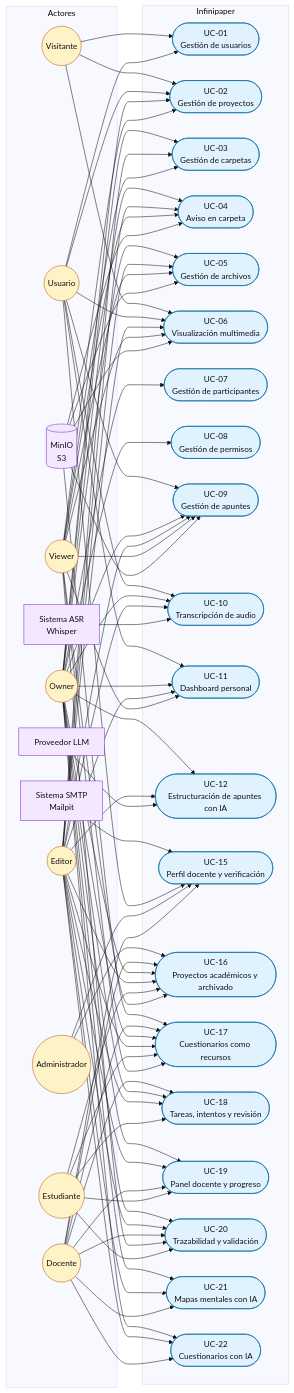
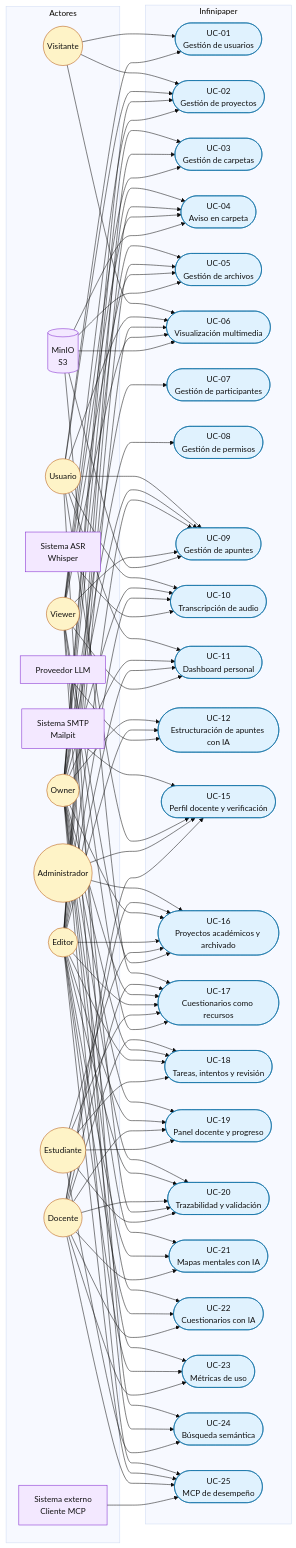
One commit to CesarKnight/infinipaper-proy changed the diagram in docs/sdd/diagramas/casos-de-uso.md. Above: the diagram before and after it, drawn with Mermaid. The commit also changed other lines of this file and 71 other files, not shown here.

Commit message:
feat: métricas, búsqueda semántica y MCP de desempeño

````diff
--- a/docs/sdd/diagramas/casos-de-uso.md
+++ b/docs/sdd/diagramas/casos-de-uso.md
@@ -23,6 +23,7 @@
     Whisper[Sistema ASR<br/>Whisper]:::external
     MinIO[(MinIO<br/>S3)]:::external
     Mailpit[Sistema SMTP<br/>Mailpit]:::external
+    ClienteMCP[Sistema externo<br/>Cliente MCP]:::external
     LLM[Proveedor LLM]:::external
   end
 
@@ -47,6 +48,9 @@
     UC20([UC-20<br/>Trazabilidad y validación]):::usecase
     UC21([UC-21<br/>Mapas mentales con IA]):::usecase
     UC22([UC-22<br/>Cuestionarios con IA]):::usecase
+    UC23([UC-23<br/>Métricas de uso]):::usecase
+    UC24([UC-24<br/>Búsqueda semántica]):::usecase
+    UC25([UC-25<br/>MCP de desempeño]):::usecase
   end
 
   Visitante --> UC01
@@ -130,4 +134,14 @@
   Owner --> UC22
   Editor --> UC22
   Docente --> UC22
+  Owner --> UC23
+  Editor --> UC23
+  Docente --> UC23
+  Usuario --> UC24
+  Viewer --> UC24
+  Estudiante --> UC24
+  Owner --> UC25
+  Editor --> UC25
+  Docente --> UC25
+  ClienteMCP --> UC25
 ```
````
